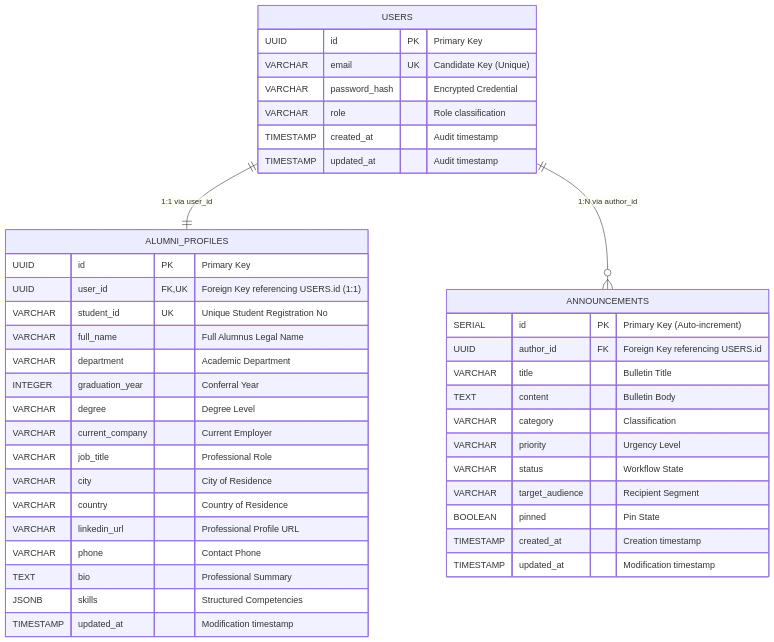
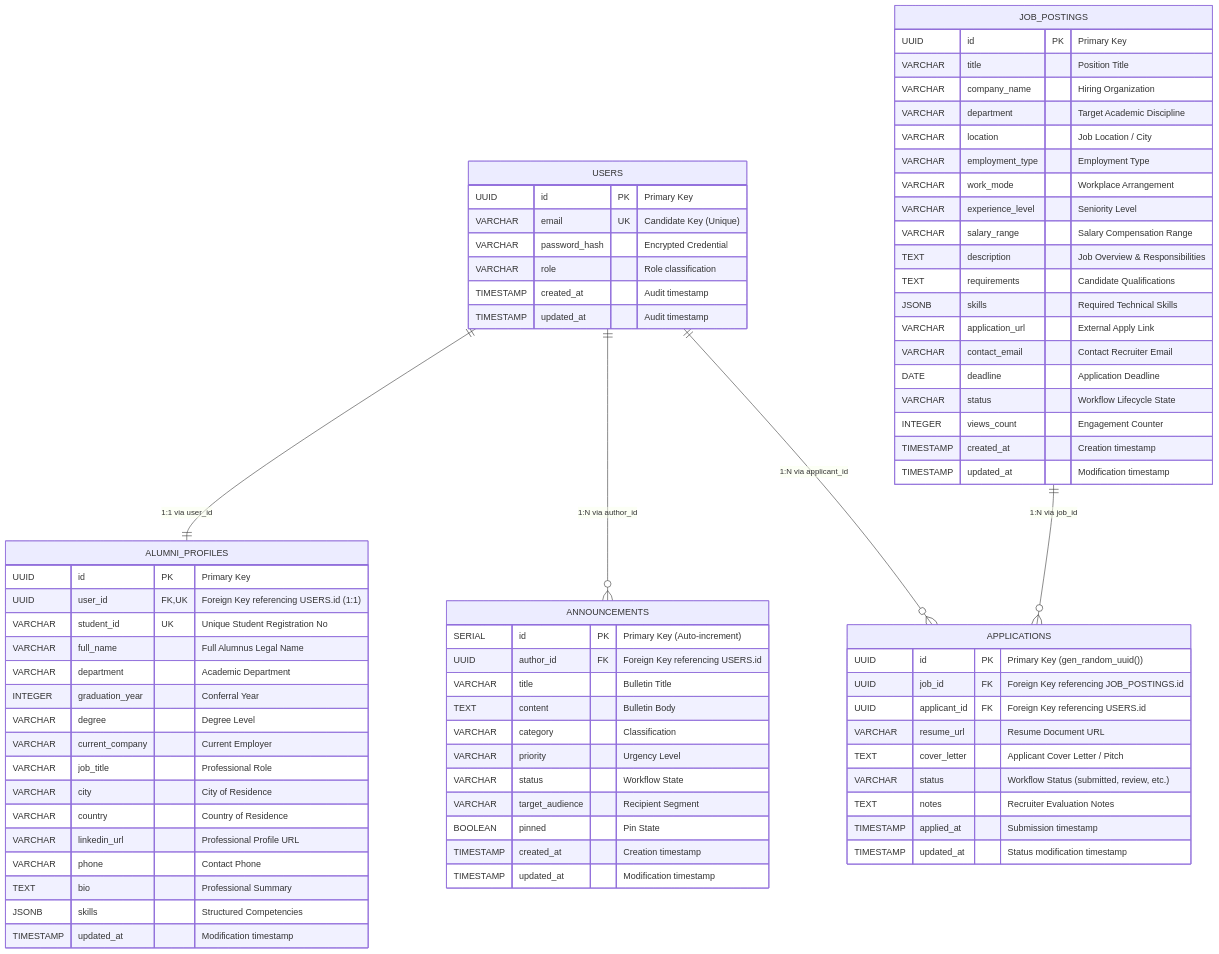
One commit to mehmetrasid0/Alumni changed the third of 8 diagrams in DDD.md. Above: the diagram before and after it, drawn with Mermaid. The commit also changed other lines of this file and 2 other files, not shown here.

Commit message:
docs(ddd): synchronize CDM, LDM, DDL and README milestones reflecting pure M:N career architecture

````diff
--- a/DDD.md
+++ b/DDD.md
@@ -146,6 +187,8 @@
 erDiagram
     USERS ||--|| ALUMNI_PROFILES : "1:1 via user_id"
     USERS ||--o{ ANNOUNCEMENTS : "1:N via author_id"
+    USERS ||--o{ APPLICATIONS : "1:N via applicant_id"
+    JOB_POSTINGS ||--o{ APPLICATIONS : "1:N via job_id"
 
     USERS {
         UUID id PK "Primary Key"
@@ -188,4 +231,38 @@
         TIMESTAMP created_at "Creation timestamp"
         TIMESTAMP updated_at "Modification timestamp"
     }
+
+    JOB_POSTINGS {
+        UUID id PK "Primary Key"
+        VARCHAR title "Position Title"
+        VARCHAR company_name "Hiring Organization"
+        VARCHAR department "Target Academic Discipline"
+        VARCHAR location "Job Location / City"
+        VARCHAR employment_type "Employment Type"
+        VARCHAR work_mode "Workplace Arrangement"
+        VARCHAR experience_level "Seniority Level"
+        VARCHAR salary_range "Salary Compensation Range"
+        TEXT description "Job Overview & Responsibilities"
+        TEXT requirements "Candidate Qualifications"
+        JSONB skills "Required Technical Skills"
+        VARCHAR application_url "External Apply Link"
+        VARCHAR contact_email "Contact Recruiter Email"
+        DATE deadline "Application Deadline"
+        VARCHAR status "Workflow Lifecycle State"
+        INTEGER views_count "Engagement Counter"
+        TIMESTAMP created_at "Creation timestamp"
+        TIMESTAMP updated_at "Modification timestamp"
+    }
+
+    APPLICATIONS {
+        UUID id PK "Primary Key (gen_random_uuid())"
+        UUID job_id FK "Foreign Key referencing JOB_POSTINGS.id"
+        UUID applicant_id FK "Foreign Key referencing USERS.id"
+        VARCHAR resume_url "Resume Document URL"
+        TEXT cover_letter "Applicant Cover Letter / Pitch"
+        VARCHAR status "Workflow Status (submitted, review, etc.)"
+        TEXT notes "Recruiter Evaluation Notes"
+        TIMESTAMP applied_at "Submission timestamp"
+        TIMESTAMP updated_at "Status modification timestamp"
+    }
 ```
````
